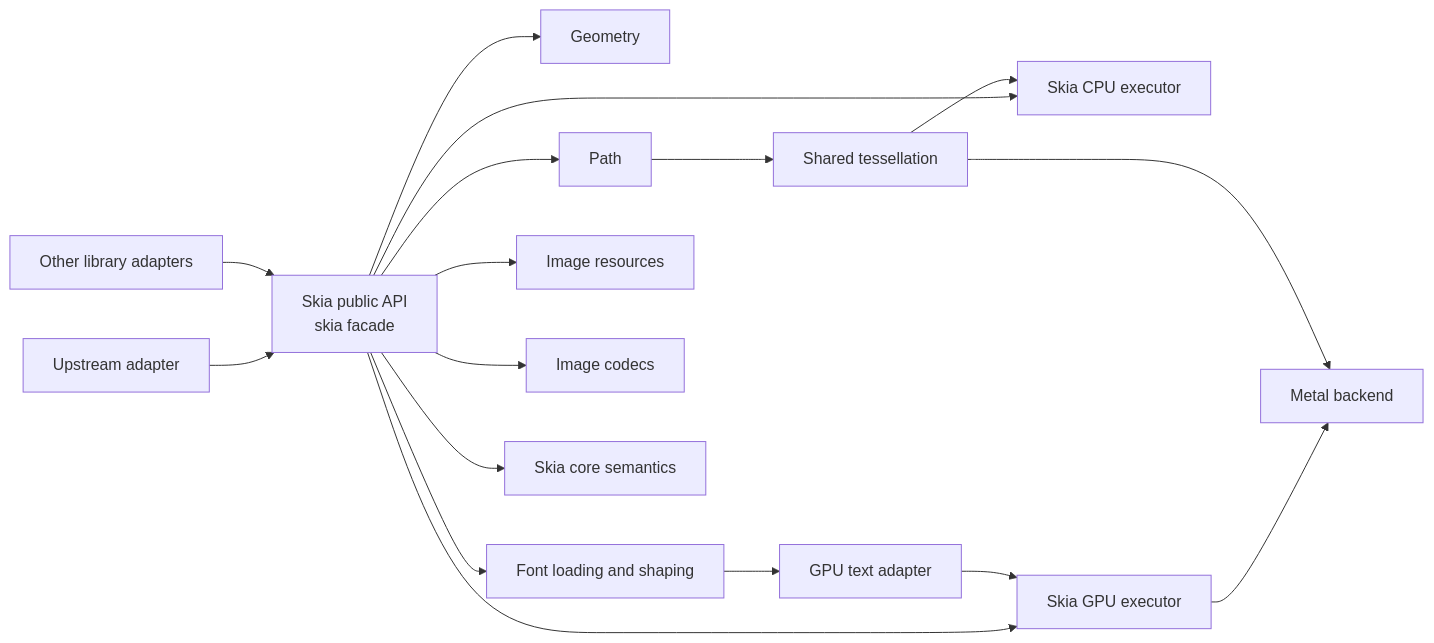
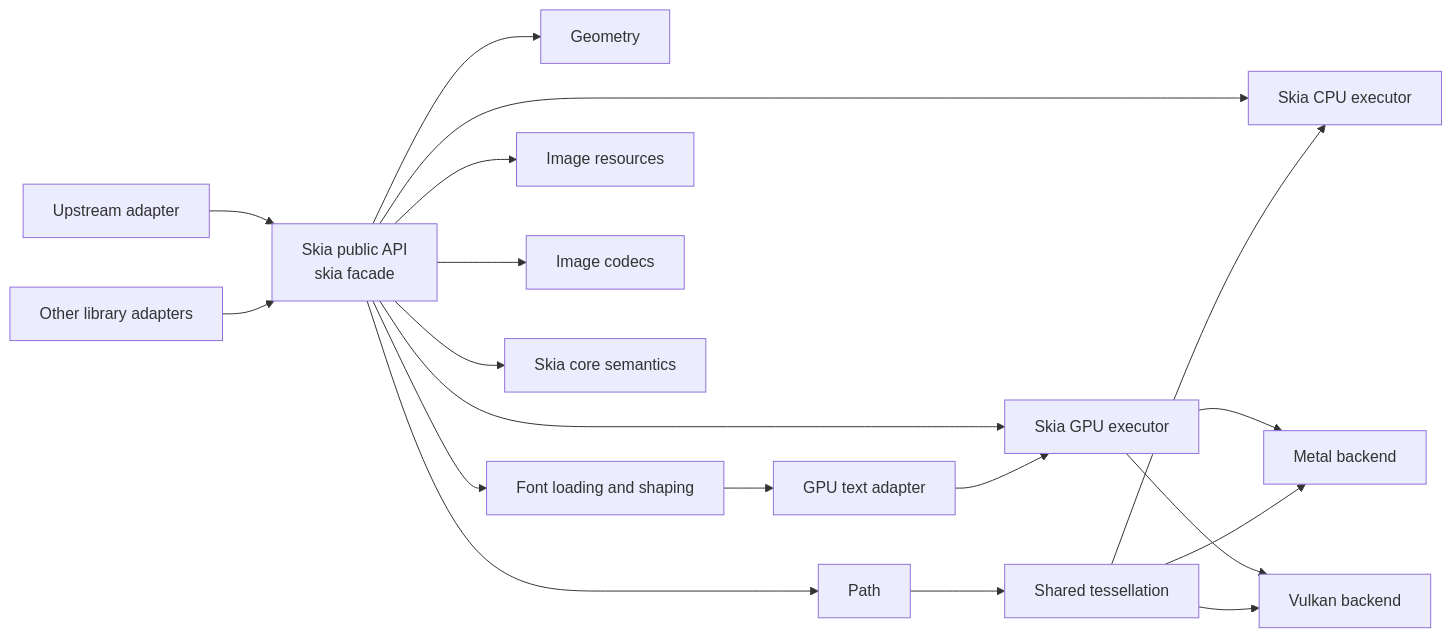
One commit to chogng/skia changed the diagram in README.md. Above: the diagram before and after it, drawn with Mermaid. The commit also changed other lines of this file and 41 other files, not shown here.

First line of the commit message:
refactor: define shared GPU and text architecture

````diff
--- a/README.md
+++ b/README.md
@@ -9,19 +9,21 @@
 ```mermaid
 flowchart LR
   adapter["Upstream adapter"] --> api["Skia public API\nskia facade"]
   other["Other library adapters"] --> api
   api --> geometry["Geometry"]
   api --> path["Path"]
   api --> text["Font loading and shaping"]
   api --> image["Image resources"]
   api --> codec["Image codecs"]
   api --> core["Skia core semantics"]
   api --> cpu["Skia CPU executor"]
   api --> gpu["Skia GPU executor"]
   gpu --> metal["Metal backend"]
+  gpu --> vulkan["Vulkan backend"]
   path --> tessellation["Shared tessellation"]
   tessellation --> cpu
   tessellation --> metal
+  tessellation --> vulkan
   text --> gpu_text["GPU text adapter"]
   gpu_text --> gpu
 ```
````
